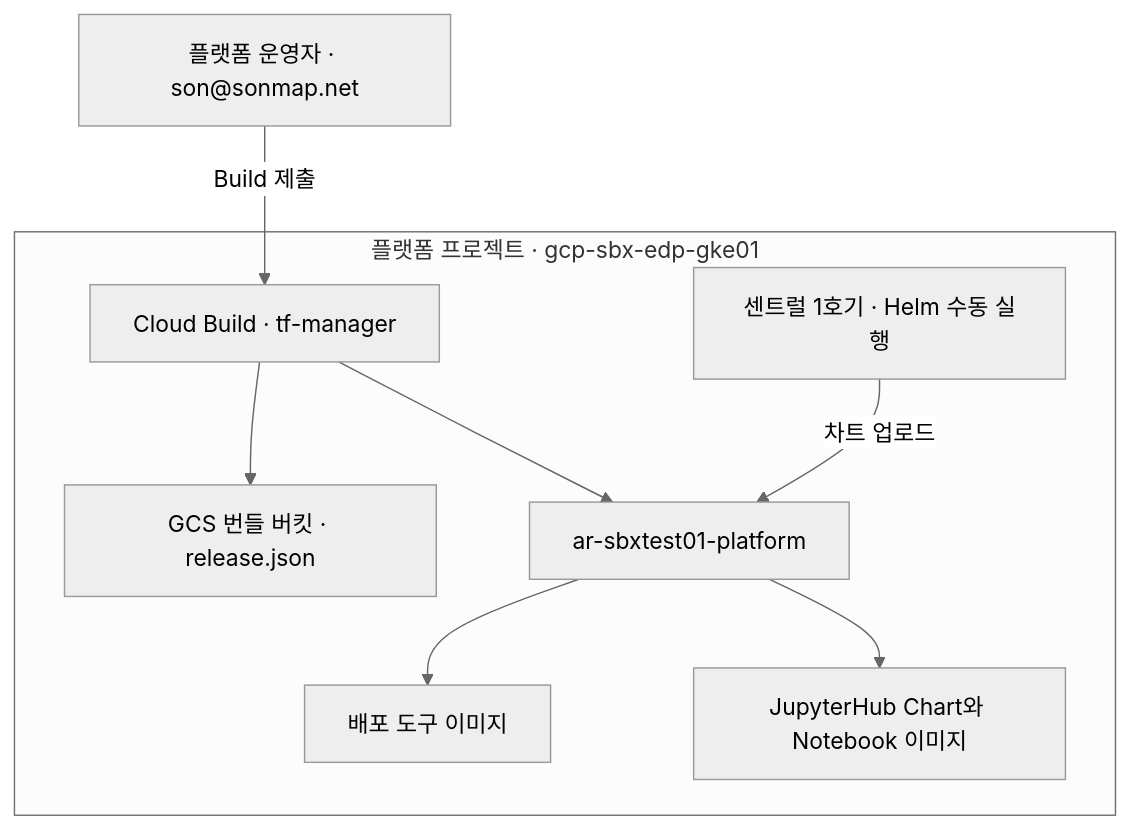
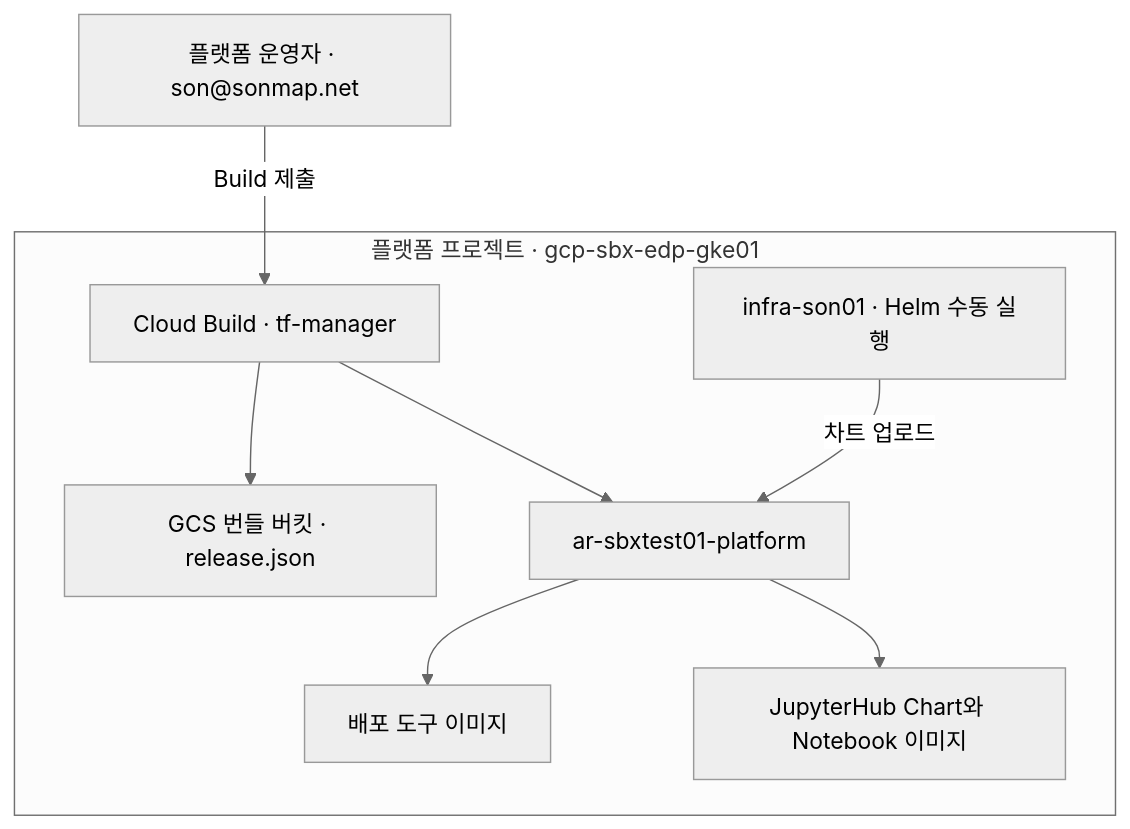
One commit to sonmap/GCP_SBX_Test01 changed the sixth of 7 diagrams in 01.docs/01-infra-setup.md. Above: the diagram before and after it, drawn with Mermaid (neutral theme). The commit also changed other lines of this file and 4 other files, not shown here.

Commit message:
Run manual Helm chart import from infra-son01

````diff
--- a/01.docs/01-infra-setup.md
+++ b/01.docs/01-infra-setup.md
@@ -644,11 +644,11 @@
 ```mermaid
 flowchart TD
     O["플랫폼 운영자 · son@sonmap.net"] -->|Build 제출| B
     subgraph P["플랫폼 프로젝트 · gcp-sbx-edp-gke01"]
       B["Cloud Build · tf-manager"] --> G["GCS 번들 버킷 · release.json"]
       B --> A["ar-sbxtest01-platform"]
       A --> R["배포 도구 이미지"]
       A --> C["JupyterHub Chart와 Notebook 이미지"]
-      VM["센트럴 1호기 · Helm 수동 실행"] -->|차트 업로드| A
+      VM["infra-son01 · Helm 수동 실행"] -->|차트 업로드| A
     end
 ```
````
